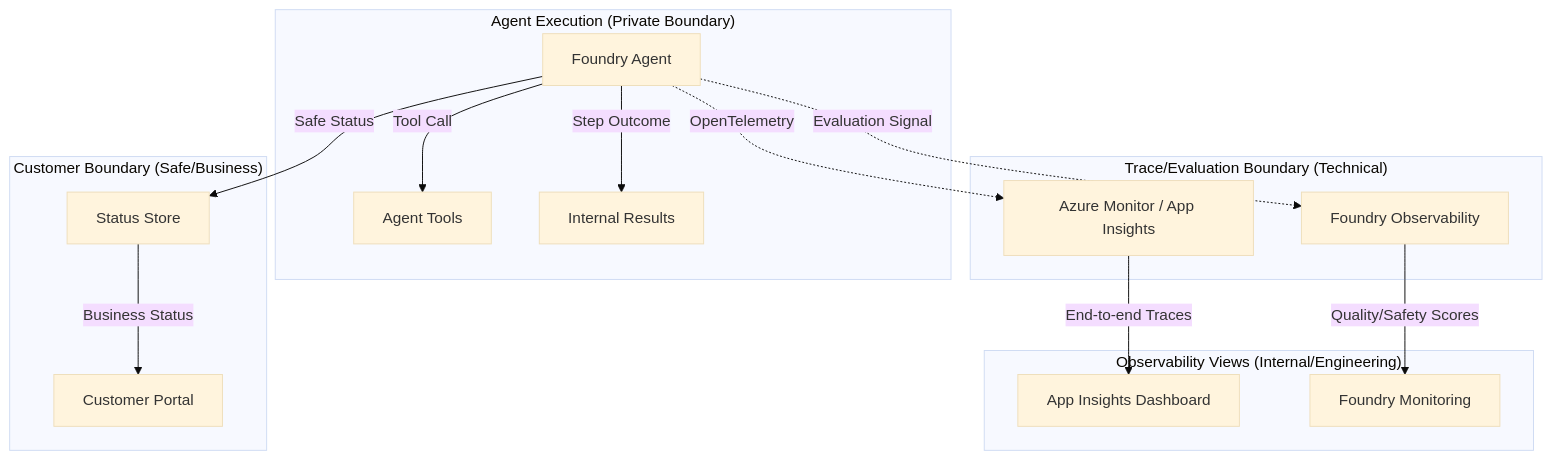
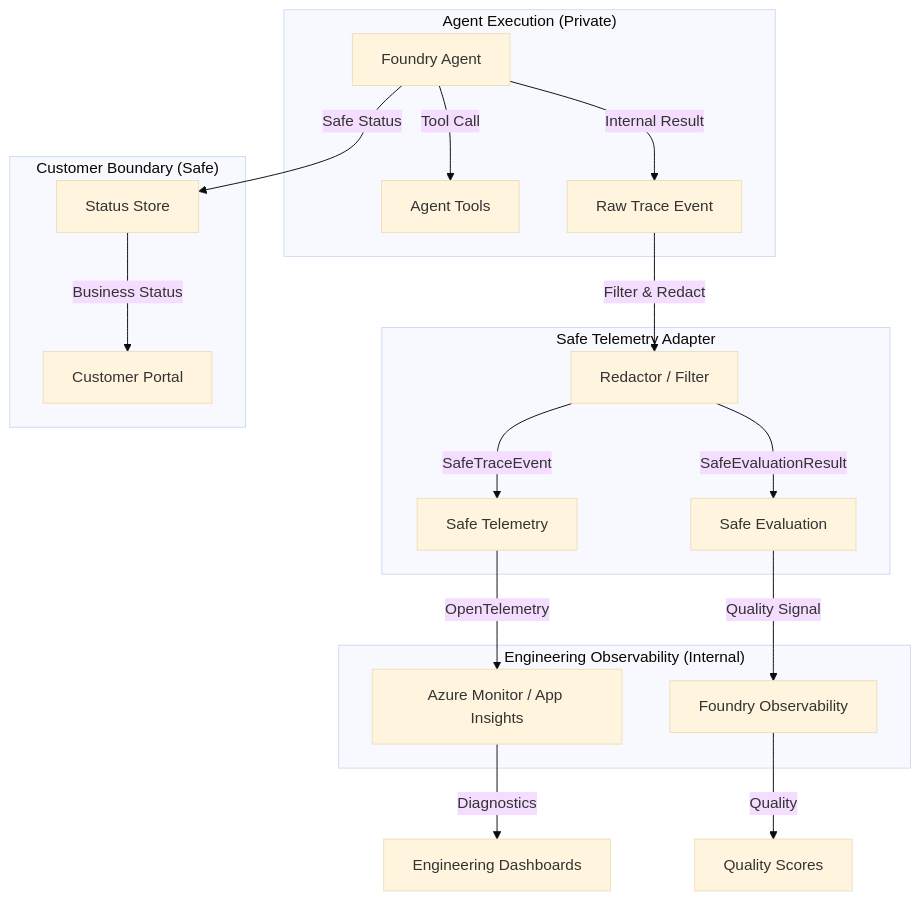
Before and after one commit to wildersa/azure_ref_kit: the diagram in solutions/foundry-agent-evaluation-observability/README.md, drawn with Mermaid (base theme). The commit also changed other lines of this file and 6 other files, not shown here.

First line of the commit message:
Compose Foundry agent evaluation and observability solution (#275)

````diff
--- a/solutions/foundry-agent-evaluation-observability/README.md
+++ b/solutions/foundry-agent-evaluation-observability/README.md
@@ -27,22 +25,26 @@
 ```mermaid
 flowchart TD
-    subgraph "Agent Execution (Private Boundary)"
+    subgraph AgentExecution ["Agent Execution (Private)"]
         A[Foundry Agent] -->|Tool Call| T[Agent Tools]
-        A -->|Step Outcome| R[Internal Results]
+        A -->|Internal Result| R[Raw Trace Event]
     end
 
-    subgraph "Trace/Evaluation Boundary (Technical)"
-        A -.->|OpenTelemetry| O[Azure Monitor / App Insights]
-        A -.->|Evaluation Signal| F[Foundry Observability]
+    subgraph SafeAdapter ["Safe Telemetry Adapter"]
+        R -->|Filter & Redact| SA[Redactor / Filter]
+        SA -->|SafeTraceEvent| ST[Safe Telemetry]
+        SA -->|SafeEvaluationResult| SE[Safe Evaluation]
     end
 
-    subgraph "Observability Views (Internal/Engineering)"
-        O -->|End-to-end Traces| D1[App Insights Dashboard]
-        F -->|Quality/Safety Scores| D2[Foundry Monitoring]
+    subgraph EngineeringObs ["Engineering Observability (Internal)"]
+        ST -->|OpenTelemetry| O[Azure Monitor / App Insights]
+        SE -->|Quality Signal| F[Foundry Observability]
     end
 
-    subgraph "Customer Boundary (Safe/Business)"
+    subgraph CustomerBoundary ["Customer Boundary (Safe)"]
         A -->|Safe Status| S[Status Store]
         S -->|Business Status| P[Customer Portal]
     end
+
+    O -->|Diagnostics| D[Engineering Dashboards]
+    F -->|Quality| Q[Quality Scores]
 ```
````
